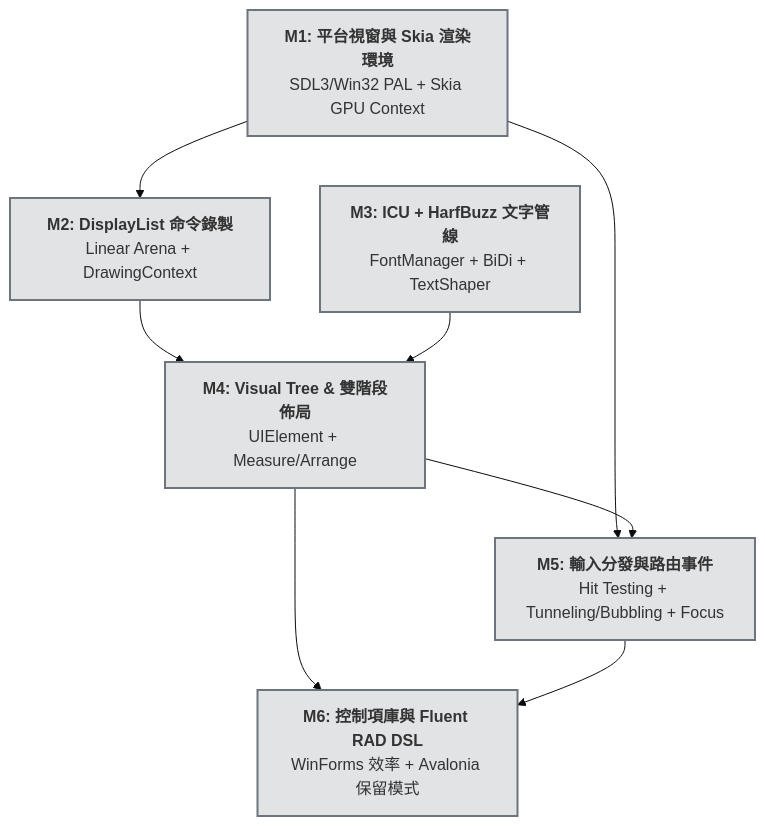
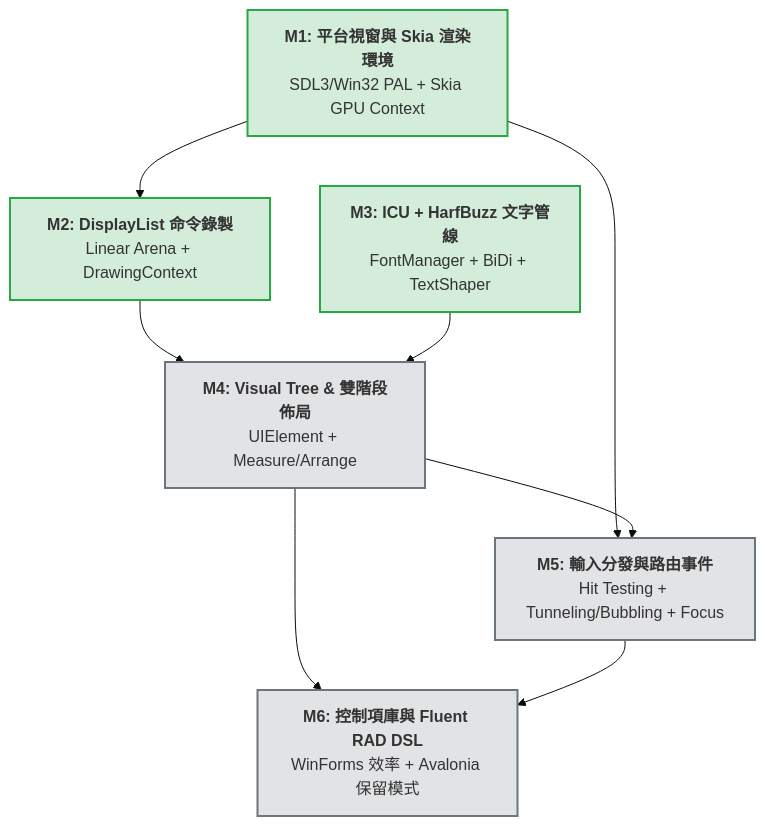
The diagram in docs/roadmap/target_map.md (willy050209/CPP-UI), drawn with Mermaid (base theme) before and after one commit. The commit also changed other lines of this file and 37 other files, not shown here.

````diff
--- a/docs/roadmap/target_map.md
+++ b/docs/roadmap/target_map.md
@@ -9,21 +9,22 @@
 ```mermaid
 graph TD
     M1["<b>M1: 平台視窗與 Skia 渲染環境</b><br/>SDL3/Win32 PAL + Skia GPU Context"]
     M2["<b>M2: DisplayList 命令錄製</b><br/>Linear Arena + DrawingContext"]
     M3["<b>M3: ICU + HarfBuzz 文字管線</b><br/>FontManager + BiDi + TextShaper"]
     M4["<b>M4: Visual Tree & 雙階段佈局</b><br/>UIElement + Measure/Arrange"]
     M5["<b>M5: 輸入分發與路由事件</b><br/>Hit Testing + Tunneling/Bubbling + Focus"]
     M6["<b>M6: 控制項庫與 Fluent RAD DSL</b><br/>WinForms 效率 + Avalonia 保留模式"]
 
     M1 --> M2
     M1 --> M5
     M2 --> M4
     M3 --> M4
     M4 --> M5
     M4 --> M6
     M5 --> M6
 
     classDef done fill:#d4edda,stroke:#28a745,stroke-width:2px;
     classDef planned fill:#e2e3e5,stroke:#6c757d,stroke-width:2px;
-    class M1,M2,M3,M4,M5,M6 planned;
+    class M1,M2,M3 done;
+    class M4,M5,M6 planned;
 ```
````
